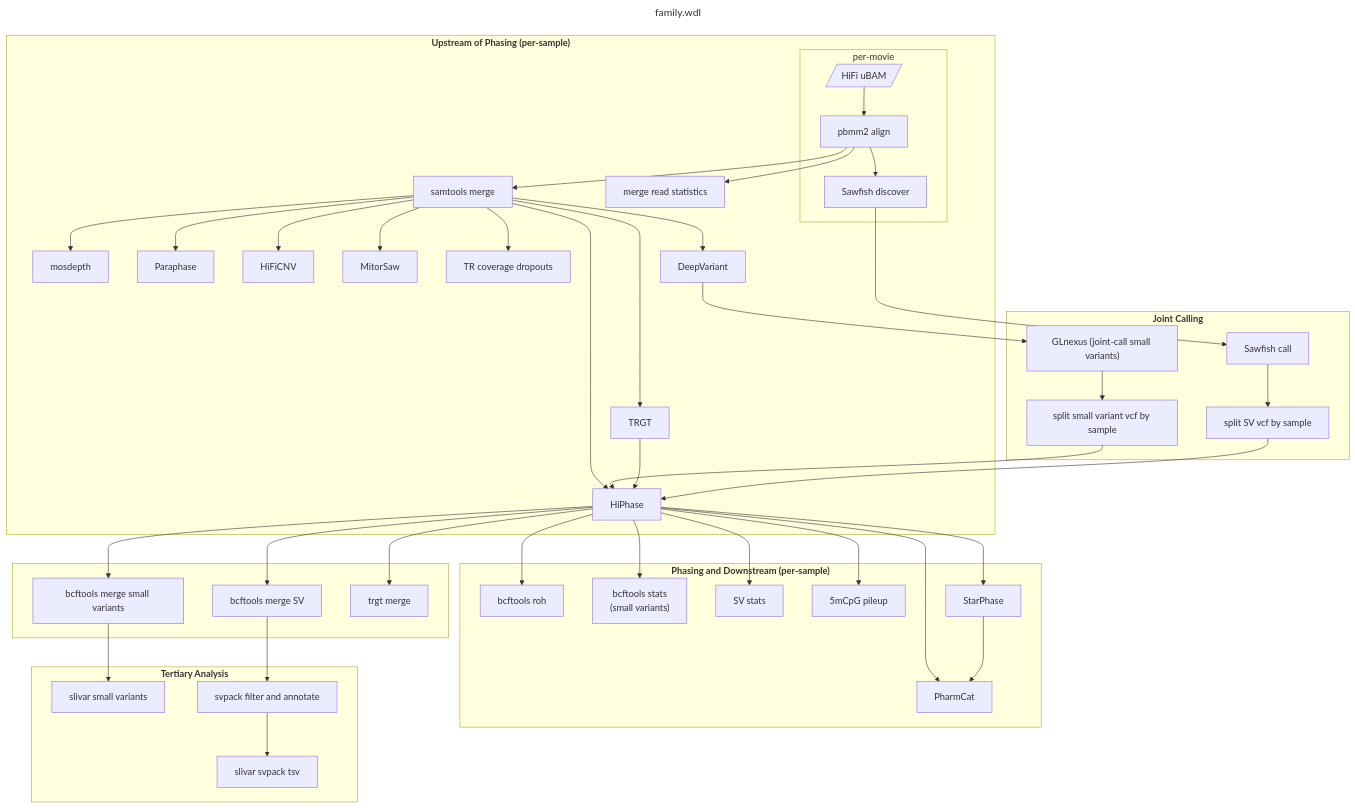
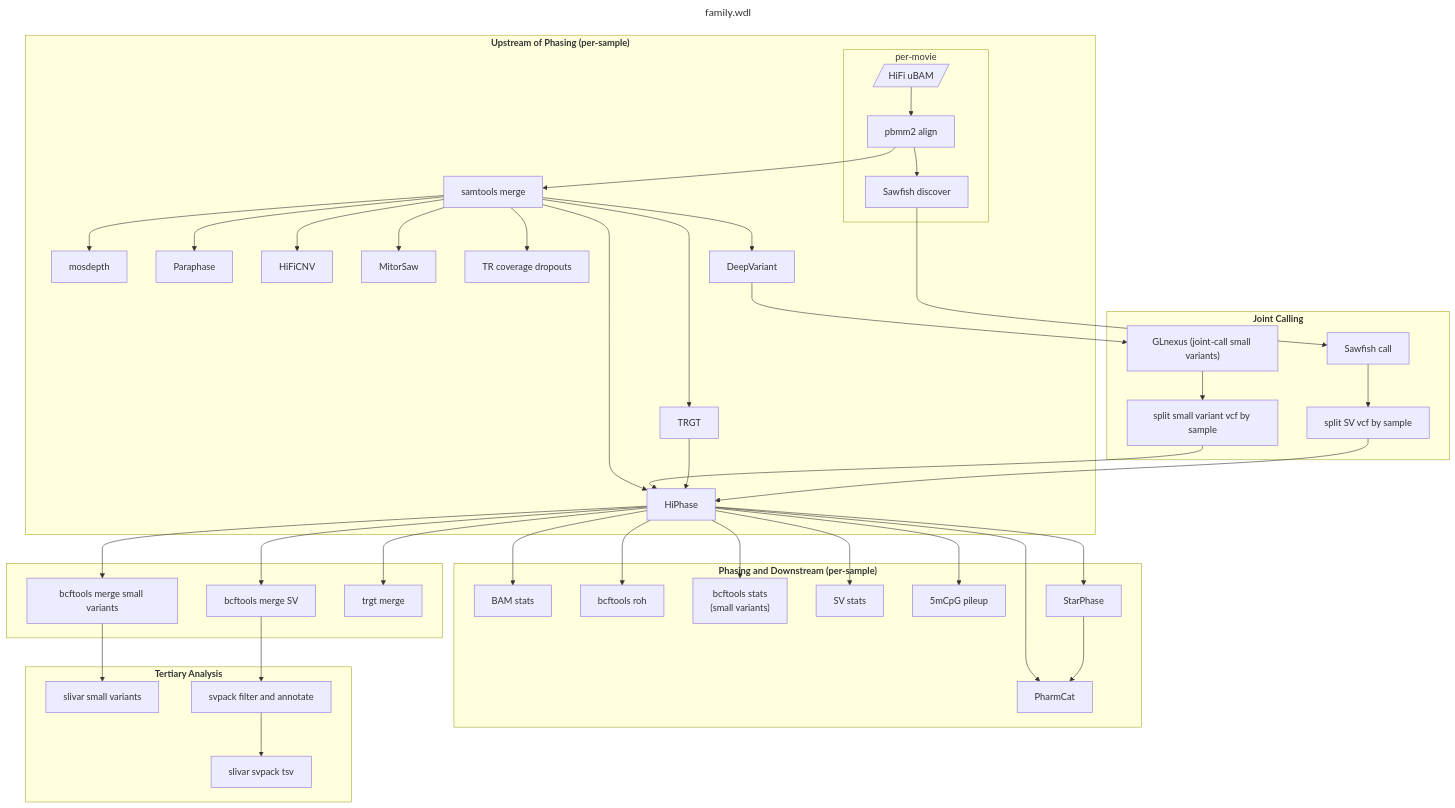
One commit to PacificBiosciences/HiFi-human-WGS-WDL changed the diagram in docs/family.md. Above: the diagram before and after it, drawn with Mermaid. The commit also changed 2 other files, not shown here.

Commit message:
Update documentation to show chunking of alignments.

````diff
--- a/docs/family.md
+++ b/docs/family.md
@@ -22,50 +22,50 @@
 ```mermaid
 ---
 title: family.wdl
 ---
 flowchart TD
   subgraph "`**Upstream of Phasing (per-sample)**`"
     subgraph "per-movie"
       ubam[/"HiFi uBAM"/] --> pbmm2_align["pbmm2 align"]
       pbmm2_align --> sawfish_discover["Sawfish discover"]
     end
-    pbmm2_align --> merge_read_stats["merge read statistics"]
     pbmm2_align --> samtools_merge["samtools merge"]
     samtools_merge --> mosdepth["mosdepth"]
     samtools_merge --> paraphase["Paraphase"]
     samtools_merge --> hificnv["HiFiCNV"]
     samtools_merge --> mitorsaw["MitorSaw"]
     samtools_merge --> trgt["TRGT"]
     samtools_merge --> trgt_dropouts["TR coverage dropouts"]
     samtools_merge --> deepvariant["DeepVariant"]
     samtools_merge --> hiphase["HiPhase"]
   end
   subgraph "`**Joint Calling**`"
     deepvariant --> glnexus["GLnexus (joint-call small variants)"]
     sawfish_discover --> sawfish_call["Sawfish call"]
     glnexus --> split_glnexus["split small variant vcf by sample"]
     sawfish_call --> split_sawfish["split SV vcf by sample"]
   end
   subgraph "`**Phasing and Downstream (per-sample)**`"
     split_glnexus --> hiphase
     trgt --> hiphase
     split_sawfish --> hiphase
+    hiphase --> bam_stats["BAM stats"]
     hiphase --> bcftools_roh["bcftools roh"]
     hiphase --> bcftools_stats["bcftools stats\n(small variants)"]
     hiphase --> sv_stats["SV stats"]
     hiphase --> cpg_pileup["5mCpG pileup"]
     hiphase --> starphase["StarPhase"]
     hiphase --> pharmcat["PharmCat"]
     starphase --> pharmcat
   end
   subgraph " "
     hiphase --> merge_small_variants["bcftools merge small variants"]
     hiphase --> merge_svs["bcftools merge SV"]
     hiphase --> trgt_merge["trgt merge"]
   end
   subgraph "`**Tertiary Analysis**`"
     merge_small_variants --> slivar_small_variants["slivar small variants"]
     merge_svs --> svpack["svpack filter and annotate"]
     svpack --> slivar_svpack["slivar svpack tsv"]
   end
 ```
````
